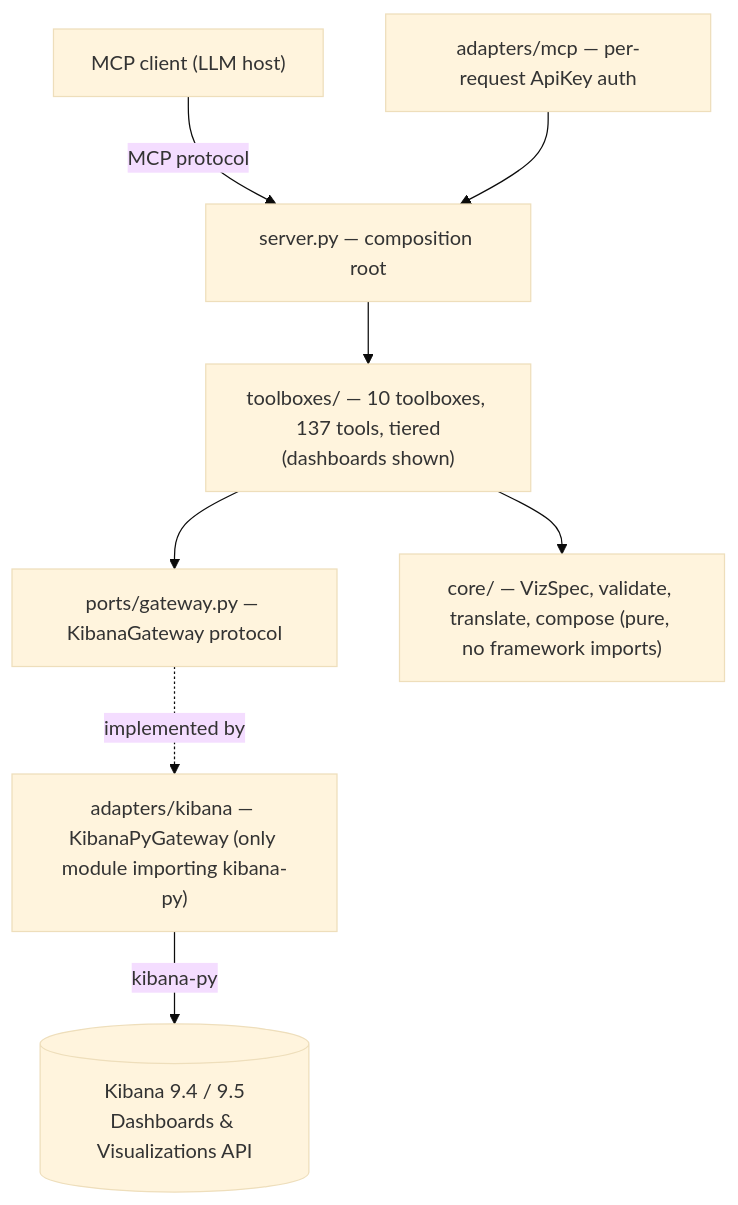
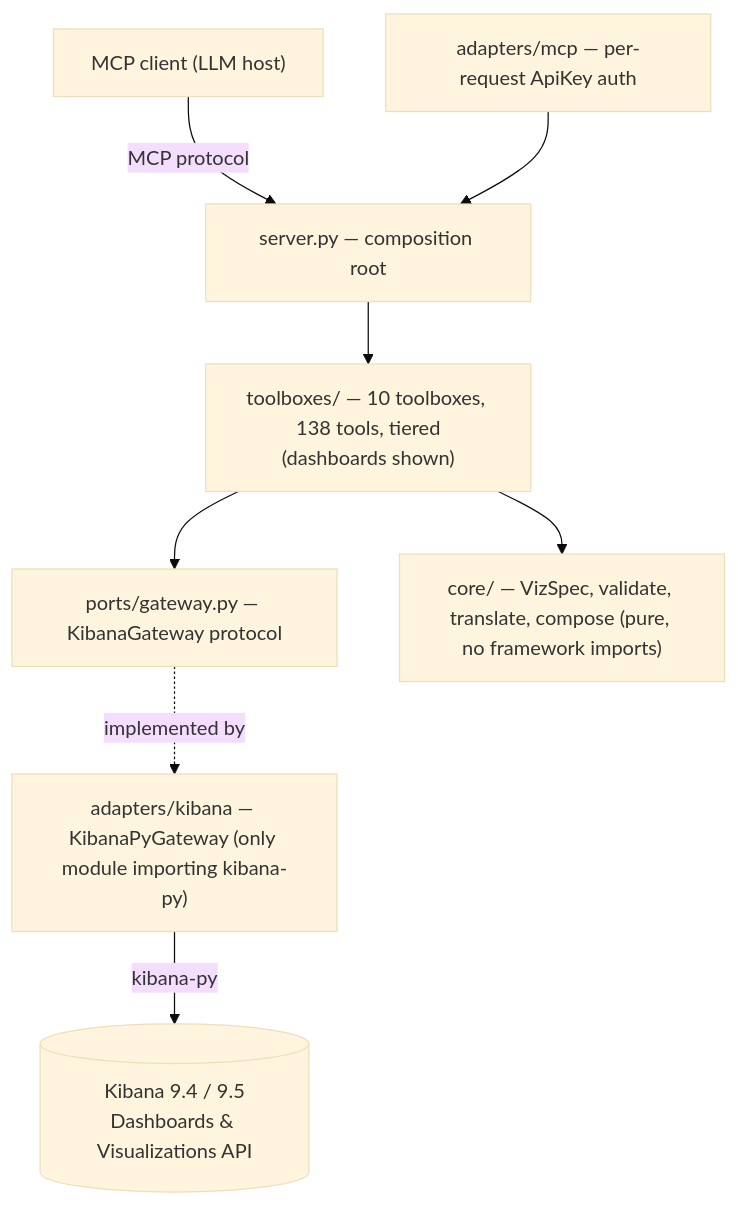
One commit to pedro-angel/mcp-for-kibana changed the second of 4 diagrams in docs/architecture.md. Above: the diagram before and after it, drawn with Mermaid (base theme). The commit also changed other lines of this file and 29 other files, not shown here.

````diff
--- a/docs/architecture.md
+++ b/docs/architecture.md
@@ -47,10 +47,10 @@
 ```mermaid
 flowchart TD
     Client["MCP client (LLM host)"] -->|MCP protocol| Server
     AuthAdapter["adapters/mcp — per-request ApiKey auth"] --> Server
-    Server["server.py — composition root"] --> Toolboxes["toolboxes/ — 10 toolboxes, 137 tools, tiered<br/>(dashboards shown)"]
+    Server["server.py — composition root"] --> Toolboxes["toolboxes/ — 10 toolboxes, 138 tools, tiered<br/>(dashboards shown)"]
     Toolboxes --> Ports["ports/gateway.py — KibanaGateway protocol"]
     Toolboxes --> Core["core/ — VizSpec, validate, translate, compose (pure, no framework imports)"]
     Ports -. implemented by .-> KibanaAdapter["adapters/kibana — KibanaPyGateway (only module importing kibana-py)"]
     KibanaAdapter -->|kibana-py| Kibana[("Kibana 9.4 / 9.5\nDashboards & Visualizations API")]
 ```
````
